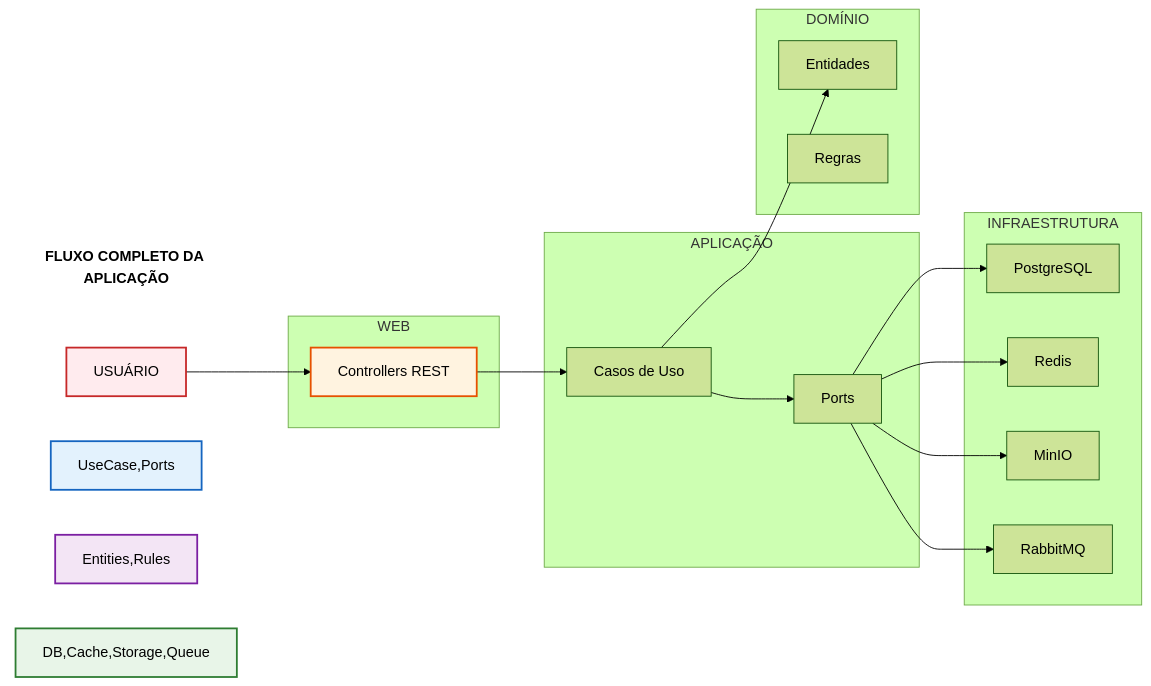
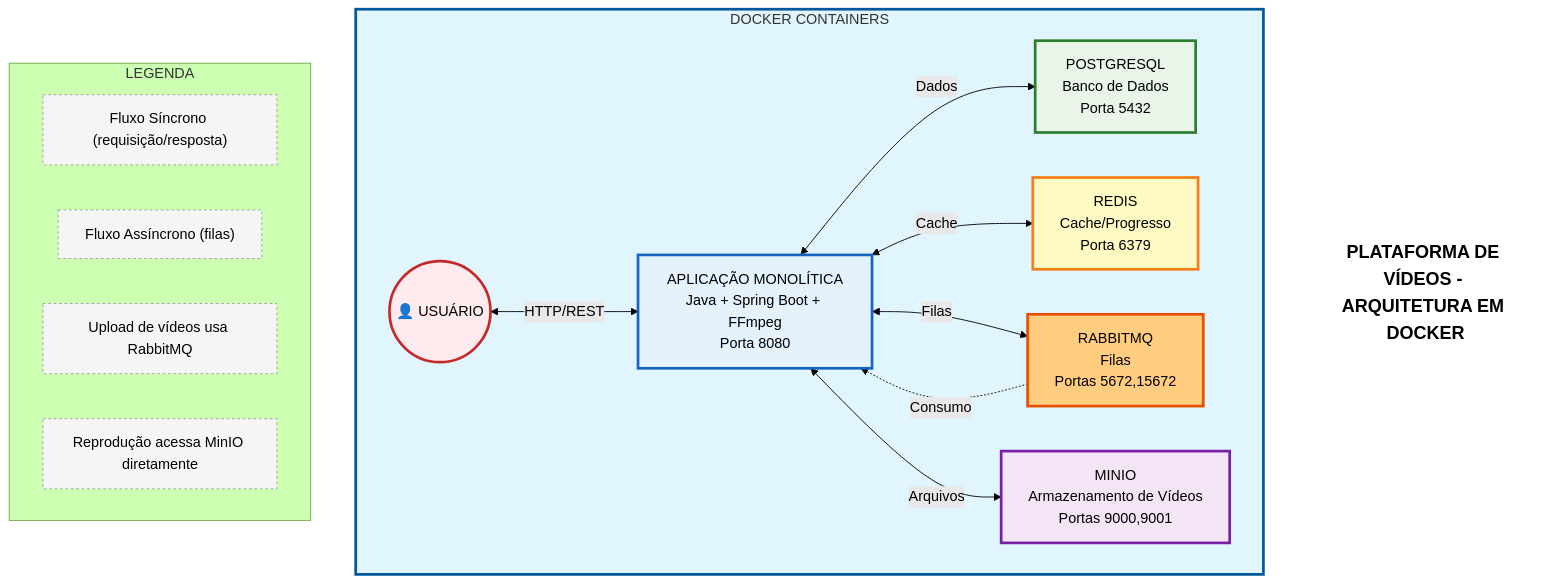
One commit to LuisNunes301/Video-Streaming-Platform changed the fifth of 5 diagrams in README.md. Above: the diagram before and after it, drawn with Mermaid (forest theme).

````diff
--- a/README.md
+++ b/README.md
@@ -216,43 +216,56 @@
 ```mermaid
-graph LR
-    title["FLUXO COMPLETO DA APLICAÇÃO"]
-    style title fill:#fff,stroke:none,font-family:Arial,font-size:16px,font-weight:bold
+graph TB
+    title["PLATAFORMA DE VÍDEOS - ARQUITETURA EM DOCKER"]
+    style title fill:#fff,stroke:none,font-family:Arial,font-size:20px,font-weight:bold
 
-    User["USUÁRIO"]
+    User(("👤 USUÁRIO"))
     
-    subgraph Web["WEB"]
-        Controller["Controllers REST"]
+    subgraph Docker["DOCKER CONTAINERS"]
+        
+        App["APLICAÇÃO MONOLÍTICA<br/>Java + Spring Boot + FFmpeg<br/>Porta 8080"]
+        
+        DB["POSTGRESQL<br/>Banco de Dados<br/>Porta 5432"]
+        
+        Cache["REDIS<br/>Cache/Progresso<br/>Porta 6379"]
+        
+        Queue["RABBITMQ<br/>Filas<br/>Portas 5672,15672"]
+        
+        Storage["MINIO<br/>Armazenamento de Vídeos<br/>Portas 9000,9001"]
+        
+        %% Conexões principais
+        User <-->|HTTP/REST| App
+        App <-->|Dados| DB
+        App <-->|Cache| Cache
+        App <-->|Filas| Queue
+        App <-->|Arquivos| Storage
+        
+        %% Conexões internas
+        Queue -.->|Consumo| App
     end
     
-    subgraph App["APLICAÇÃO"]
-        UseCase["Casos de Uso"]
-        Ports["Ports"]
+    %% Legendas
+    subgraph Legenda["LEGENDA"]
+        L1[" Fluxo Síncrono (requisição/resposta)"]
+        L2["Fluxo Assíncrono (filas)"]
+        L3["Upload de vídeos usa RabbitMQ"]
+        L4["Reprodução acessa MinIO diretamente"]
     end
     
-    subgraph Domain["DOMÍNIO"]
-        Entities["Entidades"]
-        Rules["Regras"]
-    end
+    classDef user fill:#ffebee,stroke:#c62828,stroke-width:3px
+    classDef docker fill:#e1f5fe,stroke:#01579b,stroke-width:3px
+    classDef app fill:#e3f2fd,stroke:#1565c0,stroke-width:3px
+    classDef db fill:#e8f5e8,stroke:#2e7d32,stroke-width:3px
+    classDef cache fill:#fff9c4,stroke:#f57f17,stroke-width:3px
+    classDef queue fill:#ffcc80,stroke:#e65100,stroke-width:3px
+    classDef storage fill:#f3e5f5,stroke:#7b1fa2,stroke-width:3px
+    classDef legenda fill:#f5f5f5,stroke:#9e9e9e,stroke-width:1px,stroke-dasharray: 3 3
     
-    subgraph Infra["INFRAESTRUTURA"]
-        DB["PostgreSQL"]
-        Cache["Redis"]
-        Storage["MinIO"]
-        Queue["RabbitMQ"]
-    end
-
-    User --> Controller
-    Controller --> UseCase
-    UseCase --> Entities
-    UseCase --> Ports
-    Ports --> DB
-    Ports --> Cache
-    Ports --> Storage
-    Ports --> Queue
-    
-    style User fill:#ffebee,stroke:#c62828,stroke-width:2px
-    style Controller fill:#fff3e0,stroke:#e65100,stroke-width:2px
-    style UseCase,Ports fill:#e3f2fd,stroke:#1565c0,stroke-width:2px
-    style Entities,Rules fill:#f3e5f5,stroke:#7b1fa2,stroke-width:2px
-    style DB,Cache,Storage,Queue fill:#e8f5e8,stroke:#2e7d32,stroke-width:2px
+    class User user
+    class Docker docker
+    class App app
+    class DB db
+    class Cache cache
+    class Queue queue
+    class Storage storage
+    class L1,L2,L3,L4 legenda
 ```
````
